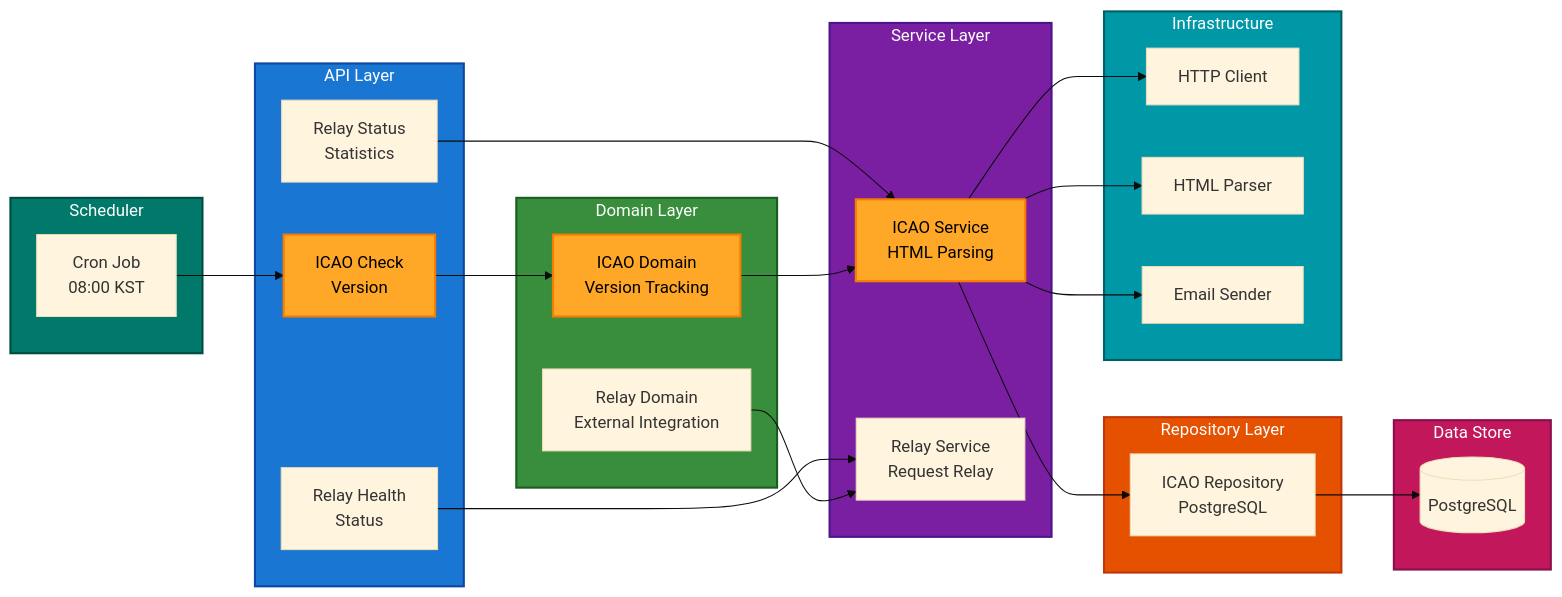
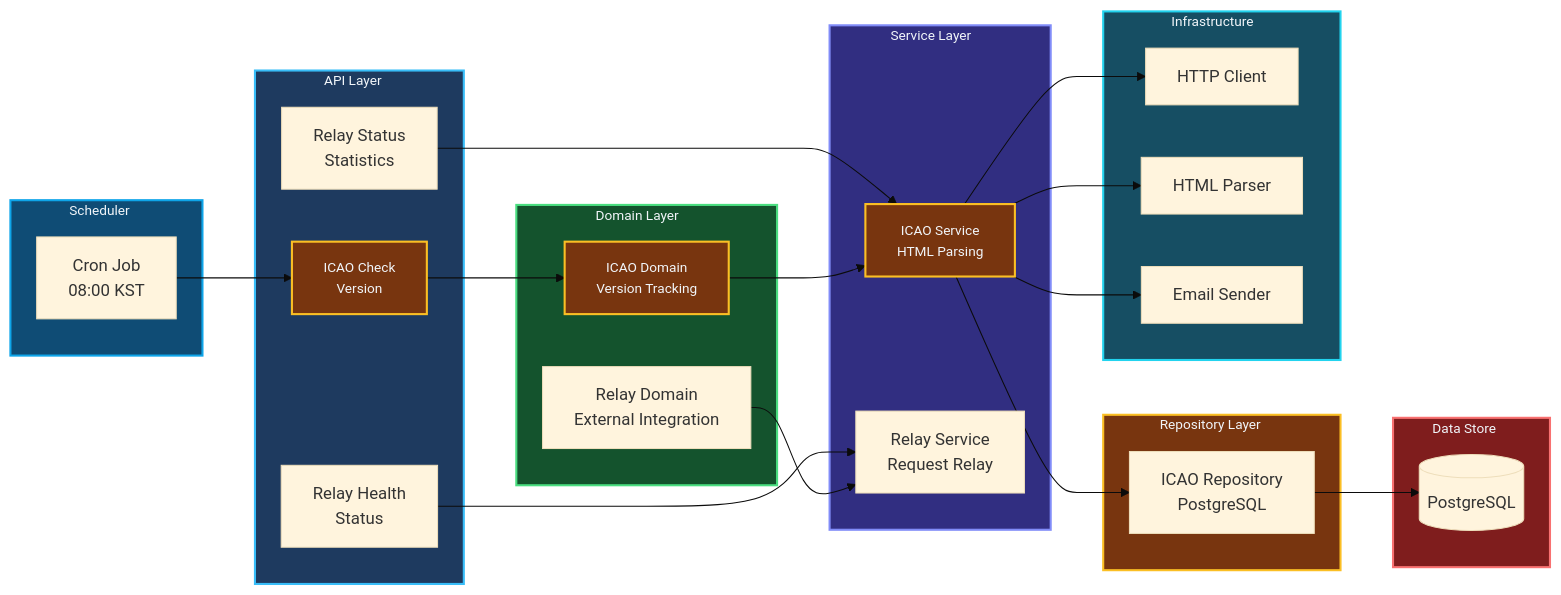
One commit to iland112/icao-local-pkd-cpp changed the fourth of 17 diagrams in docs/ARCHITECTURE.md. Above: the diagram before and after it, drawn with Mermaid (base theme). The commit also changed other lines of this file and 27 other files, not shown here.

````diff
--- a/docs/ARCHITECTURE.md
+++ b/docs/ARCHITECTURE.md
@@ -462,64 +462,64 @@
 ```mermaid
 flowchart LR
     subgraph API["API Layer"]
         RelayHealth["Relay Health<br/>Status"]
         RelayStatus["Relay Status<br/>Statistics"]
         IcaoCheck["ICAO Check<br/>Version"]
     end
 
     subgraph Domain["Domain Layer"]
         IcaoDomain["ICAO Domain<br/>Version Tracking"]
         RelayDomain["Relay Domain<br/>External Integration"]
     end
 
     subgraph Service["Service Layer"]
         IcaoService["ICAO Service<br/>HTML Parsing"]
         RelayService["Relay Service<br/>Request Relay"]
     end
 
     subgraph Repo["Repository Layer"]
         IcaoRepo["ICAO Repository<br/>PostgreSQL"]
     end
 
     subgraph Infra["Infrastructure"]
         HTTP["HTTP Client"]
         HTML["HTML Parser"]
         Email["Email Sender"]
     end
 
     subgraph Scheduler["Scheduler"]
         CronJob["Cron Job<br/>08:00 KST"]
     end
 
     subgraph DataStore["Data Store"]
         DB[("PostgreSQL")]
     end
 
     RelayHealth --> RelayService
     RelayStatus --> IcaoService
     IcaoCheck --> IcaoDomain
 
     IcaoDomain --> IcaoService
     RelayDomain --> RelayService
 
     IcaoService --> HTTP
     IcaoService --> HTML
     IcaoService --> Email
     IcaoService --> IcaoRepo
 
     IcaoRepo --> DB
 
     CronJob --> IcaoCheck
 
-    style API fill:#1976D2,stroke:#0D47A1,stroke-width:2px,color:#fff
-    style Domain fill:#388E3C,stroke:#1B5E20,stroke-width:2px,color:#fff
-    style Service fill:#7B1FA2,stroke:#4A148C,stroke-width:2px,color:#fff
-    style Repo fill:#E65100,stroke:#BF360C,stroke-width:2px,color:#fff
-    style Infra fill:#0097A7,stroke:#006064,stroke-width:2px,color:#fff
-    style Scheduler fill:#00796B,stroke:#004D40,stroke-width:2px,color:#fff
-    style DataStore fill:#C2185B,stroke:#880E4F,stroke-width:2px,color:#fff
+    style API fill:#1e3a5f,stroke:#38bdf8,stroke-width:2px,color:#f1f5f9,font-size:13px
+    style Domain fill:#14532d,stroke:#4ade80,stroke-width:2px,color:#f1f5f9,font-size:13px
+    style Service fill:#312e81,stroke:#818cf8,stroke-width:2px,color:#f1f5f9,font-size:13px
+    style Repo fill:#78350f,stroke:#fbbf24,stroke-width:2px,color:#f1f5f9,font-size:13px
+    style Infra fill:#164e63,stroke:#22d3ee,stroke-width:2px,color:#f1f5f9,font-size:13px
+    style Scheduler fill:#0f4c75,stroke:#0ea5e9,stroke-width:2px,color:#f1f5f9,font-size:13px
+    style DataStore fill:#7f1d1d,stroke:#f87171,stroke-width:2px,color:#f1f5f9,font-size:13px
 
-    style IcaoCheck fill:#FFA726,stroke:#F57C00,stroke-width:2px,color:#000
-    style IcaoDomain fill:#FFA726,stroke:#F57C00,stroke-width:2px,color:#000
-    style IcaoService fill:#FFA726,stroke:#F57C00,stroke-width:2px,color:#000
+    style IcaoCheck fill:#78350f,stroke:#fbbf24,stroke-width:2px,color:#f1f5f9,font-size:13px
+    style IcaoDomain fill:#78350f,stroke:#fbbf24,stroke-width:2px,color:#f1f5f9,font-size:13px
+    style IcaoService fill:#78350f,stroke:#fbbf24,stroke-width:2px,color:#f1f5f9,font-size:13px
 ```
````
